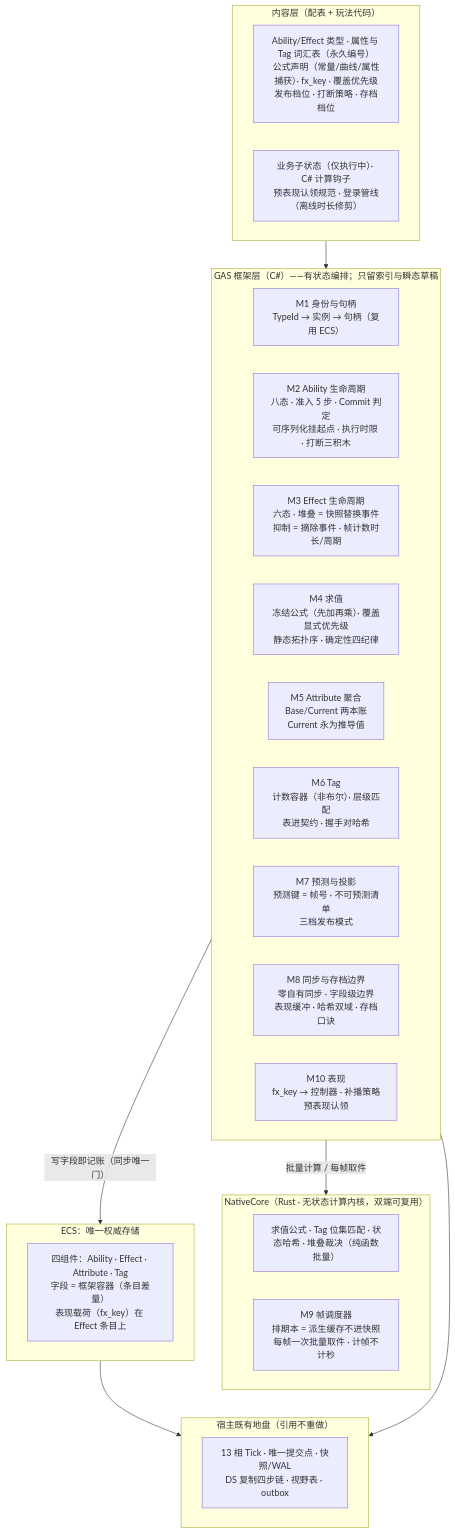
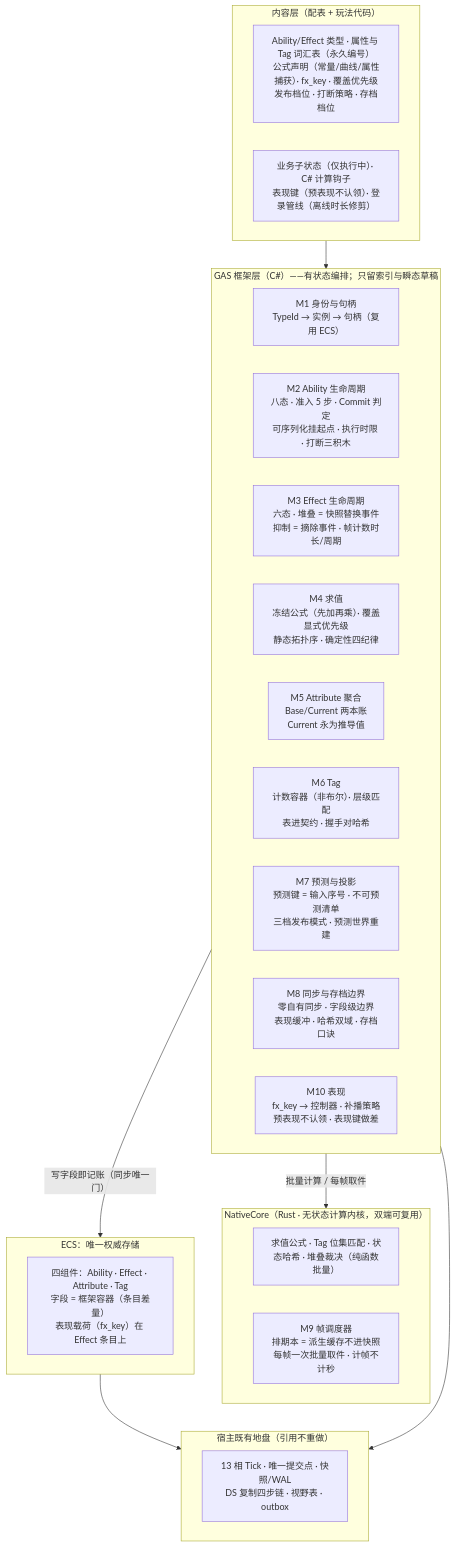
Before and after one commit to LumioGames/LumioGameEngine: the first of 4 diagrams in .spec/knowledge/features/gas.md, drawn with Mermaid. The commit also changed other lines of this file and 12 other files, not shown here.

First line of the commit message:
docs(adr-064): 炸弹人切片 GAS 契约——技能八态准入 / 瞬时 Effect / 两本账 / 预测键 = 输入序号 / 预测世界形态；取代 ADR-050/051，r5 三卡追加，Runtime 五卡 + Client 调研卡

````diff
--- a/.spec/knowledge/features/gas.md
+++ b/.spec/knowledge/features/gas.md
@@ -78,33 +78,33 @@
 ```mermaid
 flowchart TB
   subgraph GAME["内容层（配表 + 玩法代码）"]
     G1["Ability/Effect 类型 · 属性与 Tag 词汇表（永久编号）<br/>公式声明（常量/曲线/属性捕获）· fx_key · 覆盖优先级<br/>发布档位 · 打断策略 · 存档档位"]
-    G2["业务子状态（仅执行中）· C# 计算钩子<br/>预表现认领规范 · 登录管线（离线时长修剪）"]
+    G2["业务子状态（仅执行中）· C# 计算钩子<br/>表现键（预表现不认领）· 登录管线（离线时长修剪）"]
   end
   subgraph GAS["GAS 框架层（C#）——有状态编排；只留索引与瞬态草稿"]
     M1["M1 身份与句柄<br/>TypeId → 实例 → 句柄（复用 ECS）"]
     M2["M2 Ability 生命周期<br/>八态 · 准入 5 步 · Commit 判定<br/>可序列化挂起点 · 执行时限 · 打断三积木"]
     M3["M3 Effect 生命周期<br/>六态 · 堆叠 = 快照替换事件<br/>抑制 = 摘除事件 · 帧计数时长/周期"]
     M4["M4 求值<br/>冻结公式（先加再乘）· 覆盖显式优先级<br/>静态拓扑序 · 确定性四纪律"]
     M5["M5 Attribute 聚合<br/>Base/Current 两本账<br/>Current 永为推导值"]
     M6["M6 Tag<br/>计数容器（非布尔）· 层级匹配<br/>表进契约 · 握手对哈希"]
-    M7["M7 预测与投影<br/>预测键 = 帧号 · 不可预测清单<br/>三档发布模式"]
+    M7["M7 预测与投影<br/>预测键 = 输入序号 · 不可预测清单<br/>三档发布模式 · 预测世界重建"]
     M8["M8 同步与存档边界<br/>零自有同步 · 字段级边界<br/>表现缓冲 · 哈希双域 · 存档口诀"]
-    M10["M10 表现<br/>fx_key → 控制器 · 补播策略<br/>预表现认领"]
+    M10["M10 表现<br/>fx_key → 控制器 · 补播策略<br/>预表现不认领 · 表现键做差"]
   end
   subgraph NC["NativeCore（Rust · 无状态计算内核，双端可复用）"]
     N1["求值公式 · Tag 位集匹配 · 状态哈希 · 堆叠裁决（纯函数批量）"]
     M9["M9 帧调度器<br/>排期本 = 派生缓存不进快照<br/>每帧一次批量取件 · 计帧不计秒"]
   end
   subgraph ECS["ECS：唯一权威存储"]
     E1["四组件：Ability · Effect · Attribute · Tag<br/>字段 = 框架容器（条目差量）<br/>表现载荷（fx_key）在 Effect 条目上"]
   end
   subgraph HOST["宿主既有地盘（引用不重做）"]
     H1["13 相 Tick · 唯一提交点 · 快照/WAL<br/>DS 复制四步链 · 视野表 · outbox"]
   end
   GAME --> GAS
   GAS -- "写字段即记账（同步唯一门）" --> ECS
   GAS -- "批量计算 / 每帧取件" --> NC
   ECS --> HOST
   GAS --> HOST
 ```
````
